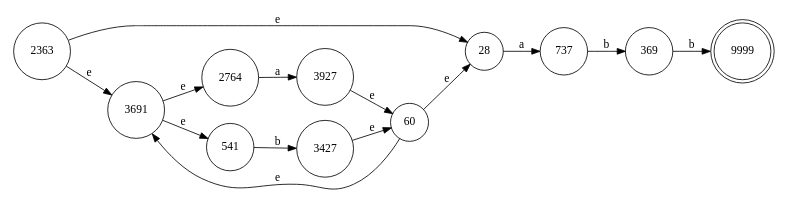
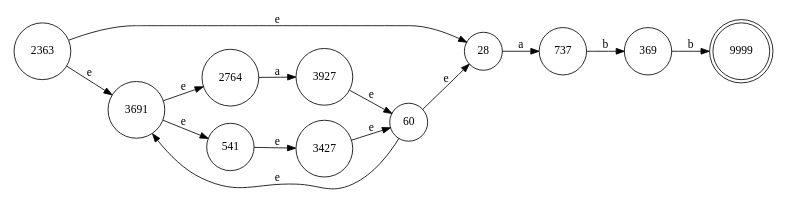
Before and after one commit to paulbelches/scannerAndParserGenerator: the diagram in thompson.gv, drawn with Graphviz. The commit also changed 15 other files, not shown here.

```diff
--- a/thompson.gv
+++ b/thompson.gv
@@ -1,32 +1,32 @@
 digraph finite_state_machine {
 	rankdir=LR size="8,5"
 	node [shape=doublecircle]
 	9999
 	node [shape=circle]
 	2363 -> 28 [label=e
 ]
 	2363 -> 3691 [label=e
 ]
 	2764 -> 3927 [label=a
 ]
 	28 -> 737 [label=a
 ]
 	3427 -> 60 [label=e
 ]
 	369 -> 9999 [label=b
 ]
 	3691 -> 2764 [label=e
 ]
 	3691 -> 541 [label=e
 ]
 	3927 -> 60 [label=e
 ]
-	541 -> 3427 [label=b
+	541 -> 3427 [label=e
 ]
 	60 -> 28 [label=e
 ]
 	60 -> 3691 [label=e
 ]
 	737 -> 369 [label=b
 ]
 }
```
